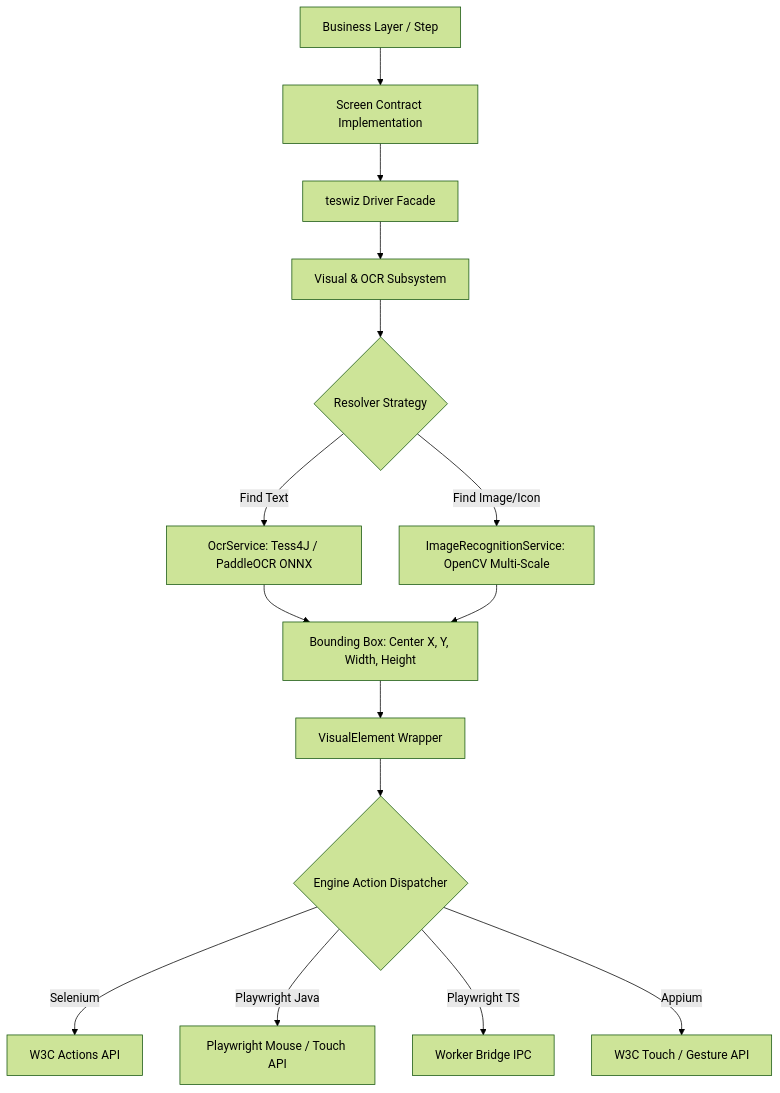
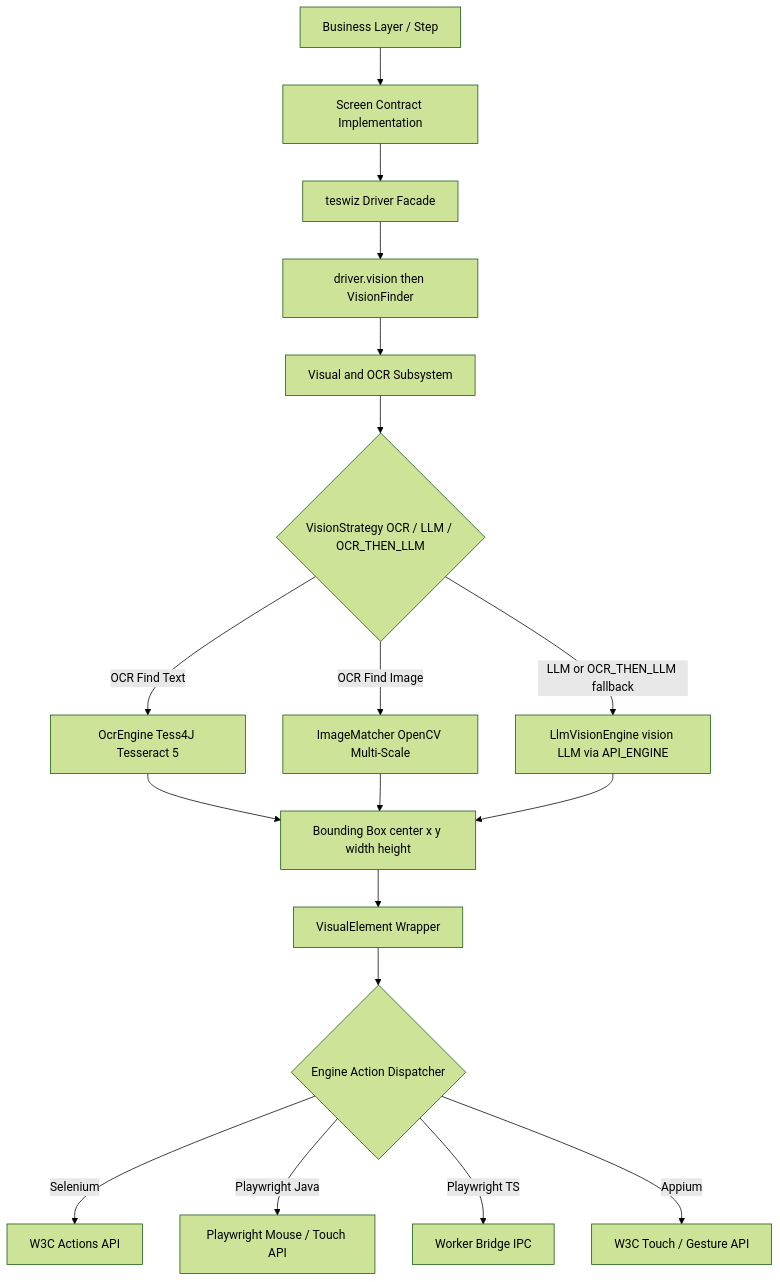
The diagram in docs/architecture-and-internals/ocr-and-image-recognition-plan.md (anandbagmar/teswiz), drawn with Mermaid (forest theme) before and after one commit. The commit also changed other lines of this file and 145 other files, not shown here.

First line of the commit message:
Add LLM vision locator: providers, read-value API, configurable health-check (#41)

````diff
--- a/docs/architecture-and-internals/ocr-and-image-recognition-plan.md
+++ b/docs/architecture-and-internals/ocr-and-image-recognition-plan.md
@@ -88,21 +88,23 @@
 ```mermaid
 flowchart TD
-    BL[Business Layer / Step] --> SC[Screen Contract Implementation]
-    SC --> DRIVER[teswiz Driver Facade]
-    DRIVER --> VENGINE[Visual & OCR Subsystem]
-    
-    VENGINE --> STRATEGY{Resolver Strategy}
-    STRATEGY -->|Find Text| OCR_SERVICE[OcrService: Tess4J / PaddleOCR ONNX]
-    STRATEGY -->|Find Image/Icon| IMG_SERVICE[ImageRecognitionService: OpenCV Multi-Scale]
-    
-    OCR_SERVICE --> BOUNDS[Bounding Box: Center X, Y, Width, Height]
+    BL["Business Layer / Step"] --> SC["Screen Contract Implementation"]
+    SC --> DRIVER["teswiz Driver Facade"]
+    DRIVER --> VISION["driver.vision then VisionFinder"]
+    VISION --> VENGINE["Visual and OCR Subsystem"]
+    VENGINE --> STRATEGY{"VisionStrategy OCR / LLM / OCR_THEN_LLM"}
+    STRATEGY -->|OCR Find Text| OCR_SERVICE["OcrEngine Tess4J Tesseract 5"]
+    STRATEGY -->|OCR Find Image| IMG_SERVICE["ImageMatcher OpenCV Multi-Scale"]
+    STRATEGY -->|LLM or OCR_THEN_LLM fallback| LLM_SERVICE["LlmVisionEngine vision LLM via API_ENGINE"]
+
+    OCR_SERVICE --> BOUNDS["Bounding Box center x y width height"]
     IMG_SERVICE --> BOUNDS
-    
-    BOUNDS --> VE[VisualElement Wrapper]
-    VE --> ACTION_DISPATCHER{Engine Action Dispatcher}
-    
-    ACTION_DISPATCHER -->|Selenium| W3C_SE[W3C Actions API]
-    ACTION_DISPATCHER -->|Playwright Java| PWJ_ACT[Playwright Mouse / Touch API]
-    ACTION_DISPATCHER -->|Playwright TS| PWTS_ACT[Worker Bridge IPC]
-    ACTION_DISPATCHER -->|Appium| APP_ACT[W3C Touch / Gesture API]
+    LLM_SERVICE --> BOUNDS
+
+    BOUNDS --> VE["VisualElement Wrapper"]
+    VE --> ACTION_DISPATCHER{"Engine Action Dispatcher"}
+
+    ACTION_DISPATCHER -->|Selenium| W3C_SE["W3C Actions API"]
+    ACTION_DISPATCHER -->|Playwright Java| PWJ_ACT["Playwright Mouse / Touch API"]
+    ACTION_DISPATCHER -->|Playwright TS| PWTS_ACT["Worker Bridge IPC"]
+    ACTION_DISPATCHER -->|Appium| APP_ACT["W3C Touch / Gesture API"]
 ```
````
